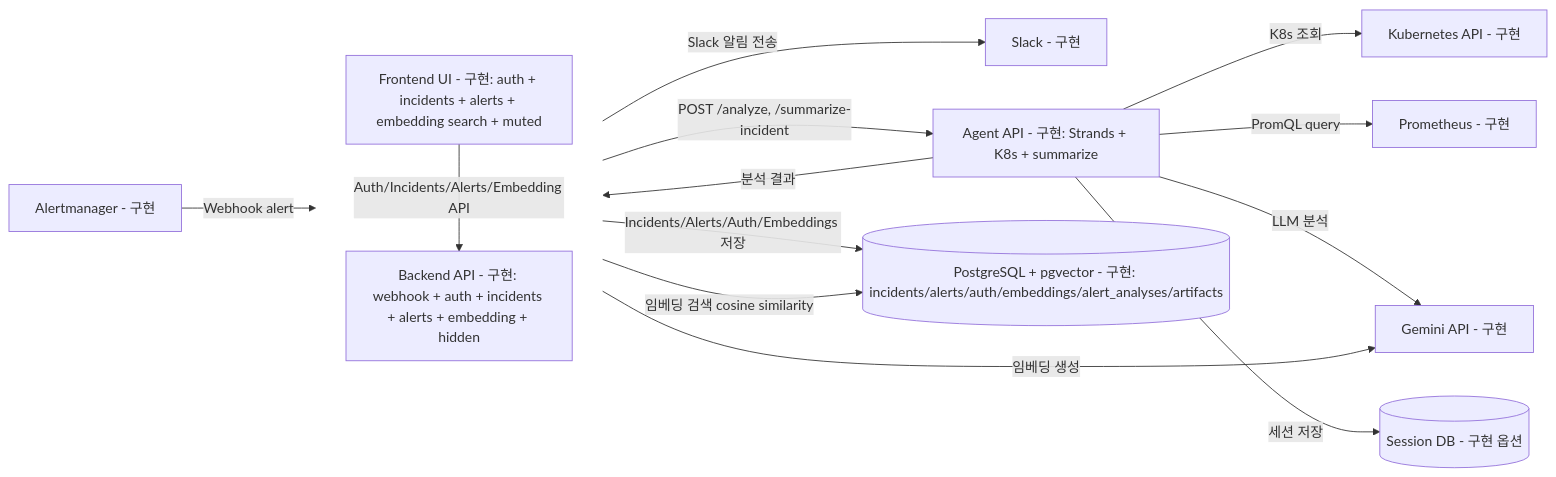
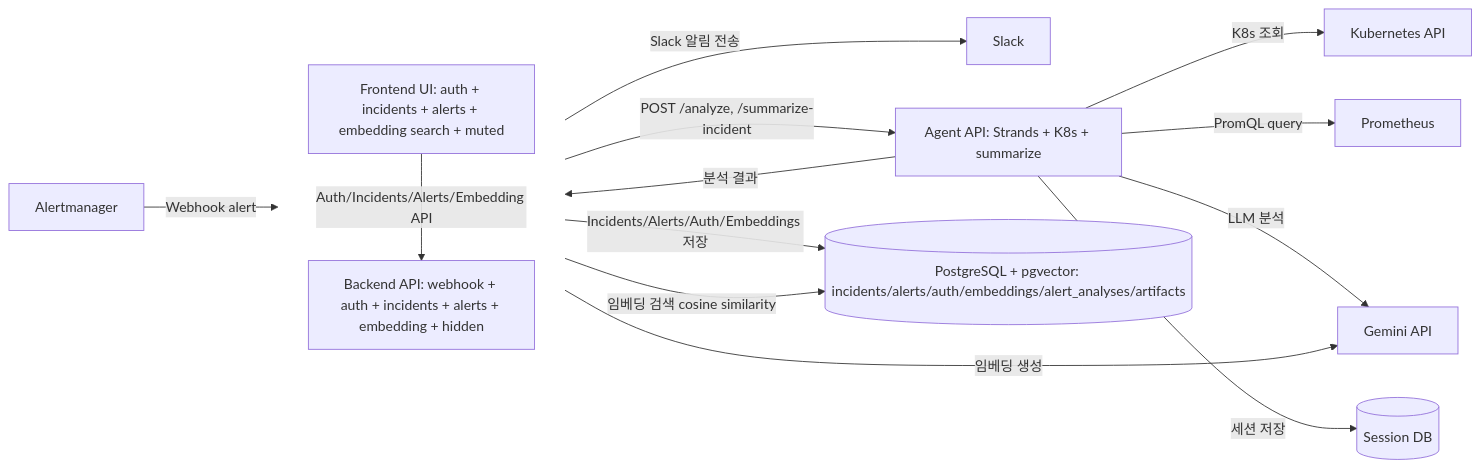
One commit to kube-rca/kuberca changed the diagram in docs/diagrams/system_context_diagram.md. Above: the diagram before and after it, drawn with Mermaid. The commit also changed 5 other files, not shown here.

Commit message:
docs: remove implementation status markers from diagrams and docs

````diff
--- a/docs/diagrams/system_context_diagram.md
+++ b/docs/diagrams/system_context_diagram.md
@@ -1,37 +1,37 @@
 ```mermaid
 flowchart LR
   %% External
-  AM[Alertmanager - 구현]
-  SL[Slack - 구현]
-  LLM[Gemini API - 구현]
-  PR[Prometheus - 구현]
-  K8S[Kubernetes API - 구현]
+  AM[Alertmanager]
+  SL[Slack]
+  LLM[Gemini API]
+  PR[Prometheus]
+  K8S[Kubernetes API]
 
   %% Internal
   subgraph Core[" "]
     direction TB
-    FE[Frontend UI - 구현: auth + incidents + alerts + embedding search + muted]
-    BE[Backend API - 구현: webhook + auth + incidents + alerts + embedding + hidden]
+    FE[Frontend UI: auth + incidents + alerts + embedding search + muted]
+    BE[Backend API: webhook + auth + incidents + alerts + embedding + hidden]
   end
   style Core fill:transparent,stroke:transparent
 
-  AG[Agent API - 구현: Strands + K8s + summarize]
-  PG[(PostgreSQL + pgvector - 구현: incidents/alerts/auth/embeddings/alert_analyses/artifacts)]
-  SDB[(Session DB - 구현 옵션)]
+  AG[Agent API: Strands + K8s + summarize]
+  PG[(PostgreSQL + pgvector: incidents/alerts/auth/embeddings/alert_analyses/artifacts)]
+  SDB[(Session DB)]
 
   AM -->|Webhook alert| BE
   BE -->|Slack 알림 전송| SL
 
   FE -->|Auth/Incidents/Alerts/Embedding API| BE
   BE -->|POST /analyze, /summarize-incident| AG
   AG -->|분석 결과| BE
 
   AG -->|K8s 조회| K8S
   AG -->|PromQL query| PR
   AG -->|LLM 분석| LLM
   BE -->|임베딩 생성| LLM
 
   BE -->|Incidents/Alerts/Auth/Embeddings 저장| PG
   BE -->|임베딩 검색 cosine similarity| PG
   AG -->|세션 저장| SDB
 ```
````
